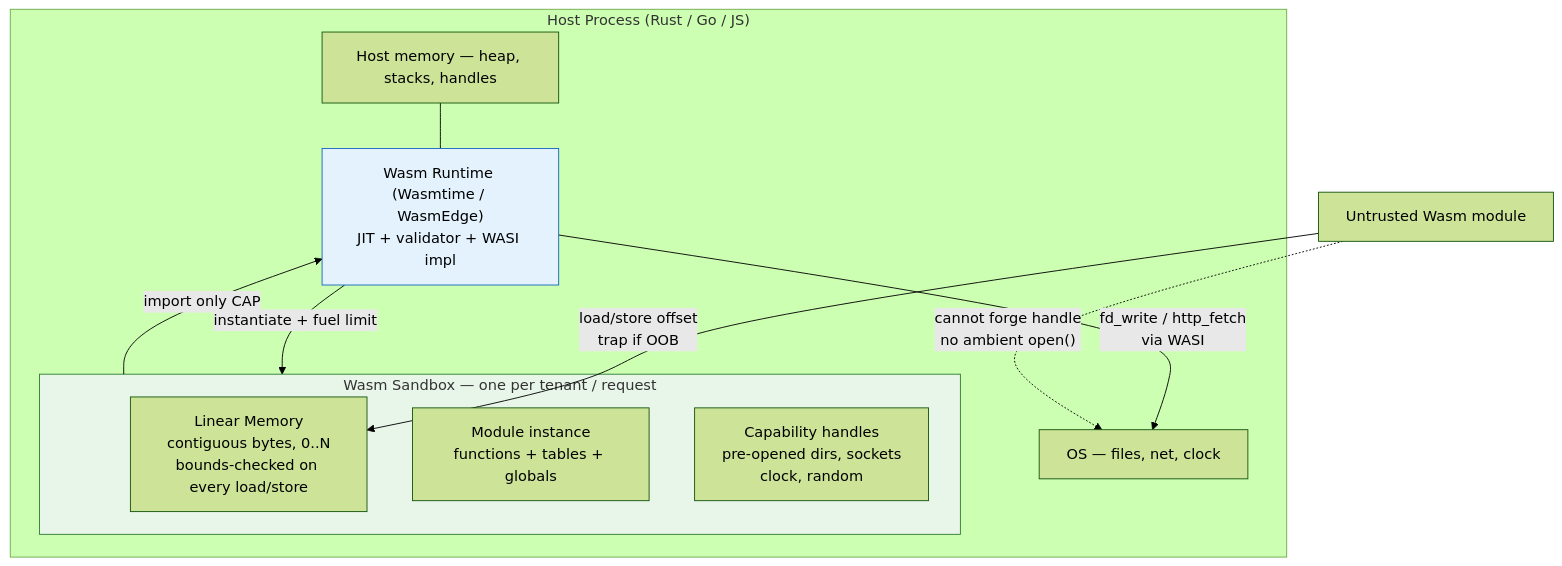
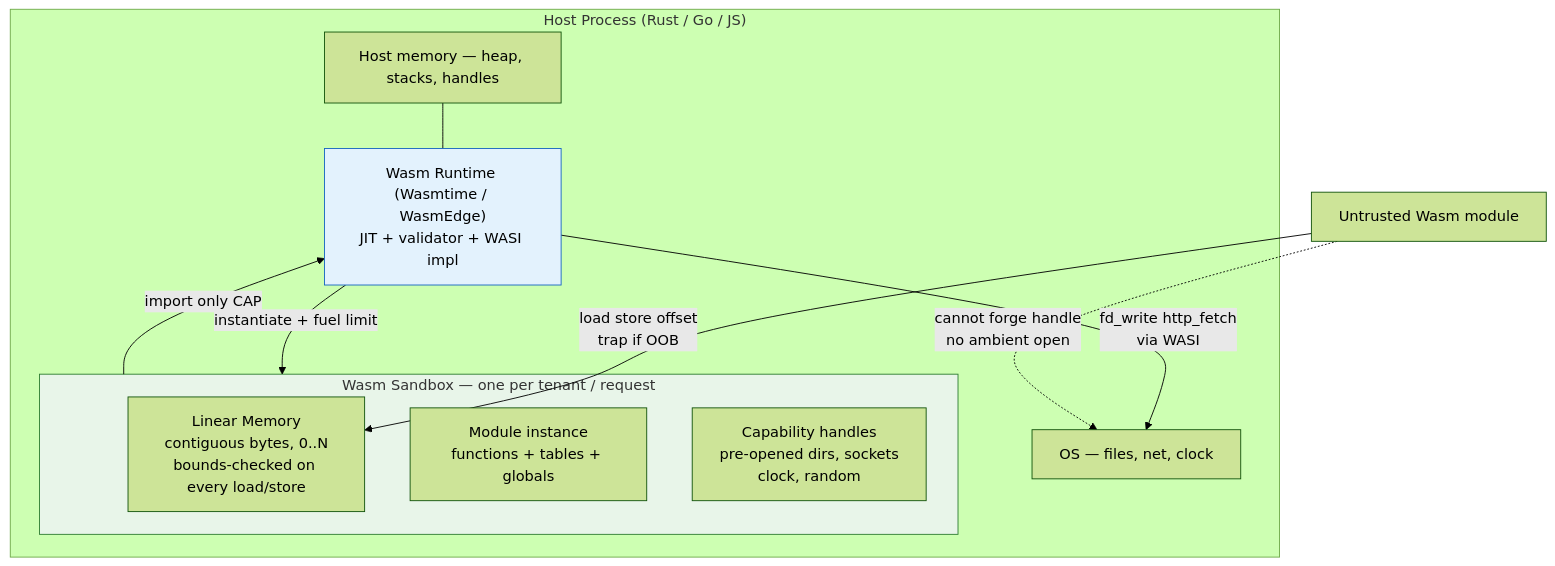
The first of 7 diagrams in vol-13-runtimes/ch07-wasm.md (bumbsclaw/textbooks), drawn with Mermaid (forest theme) before and after one commit. The commit also changed 173 other files, not shown here.

First line of the commit message:
fix(mermaid): close note brackets, semicolons in Notes, stateDiagram br -> dash, edge parens

````diff
--- a/vol-13-runtimes/ch07-wasm.md
+++ b/vol-13-runtimes/ch07-wasm.md
@@ -94,21 +94,21 @@
 ```mermaid
 flowchart TB
     subgraph HostProcess["Host Process (Rust / Go / JS)"]
         HR["Host memory — heap, stacks, handles"]
         RT["Wasm Runtime (Wasmtime / WasmEdge)<br/>JIT + validator + WASI impl"]
         subgraph Sandbox["Wasm Sandbox — one per tenant / request"]
             MEM["Linear Memory<br/>contiguous bytes, 0..N<br/>bounds-checked on every load/store"]
             MOD["Module instance<br/>functions + tables + globals"]
             CAP["Capability handles<br/>pre-opened dirs, sockets<br/>clock, random"]
         end
         HR --- RT
         RT -->|"instantiate + fuel limit"| Sandbox
         Sandbox -->|"import only CAP"| RT
-        RT -->|"fd_write / http_fetch<br/>via WASI"| HostOS["OS — files, net, clock"]
+        RT -->|"fd_write http_fetch<br >via WASI"| HostOS["OS — files, net, clock"]
     end
-    Attacker["Untrusted Wasm module"] -->|"load/store offset<br/>trap if OOB"| MEM
-    Attacker -.->|"cannot forge handle<br/>no ambient open()"| HostOS
+    Attacker["Untrusted Wasm module"] -->|"load store offset<br >trap if OOB"| MEM
+    Attacker -.->|"cannot forge handle<br >no ambient open "| HostOS
 
     style Sandbox fill:#e8f5e9,stroke:#2e7d32
     style RT fill:#e3f2fd,stroke:#1565c0
 ```
````
